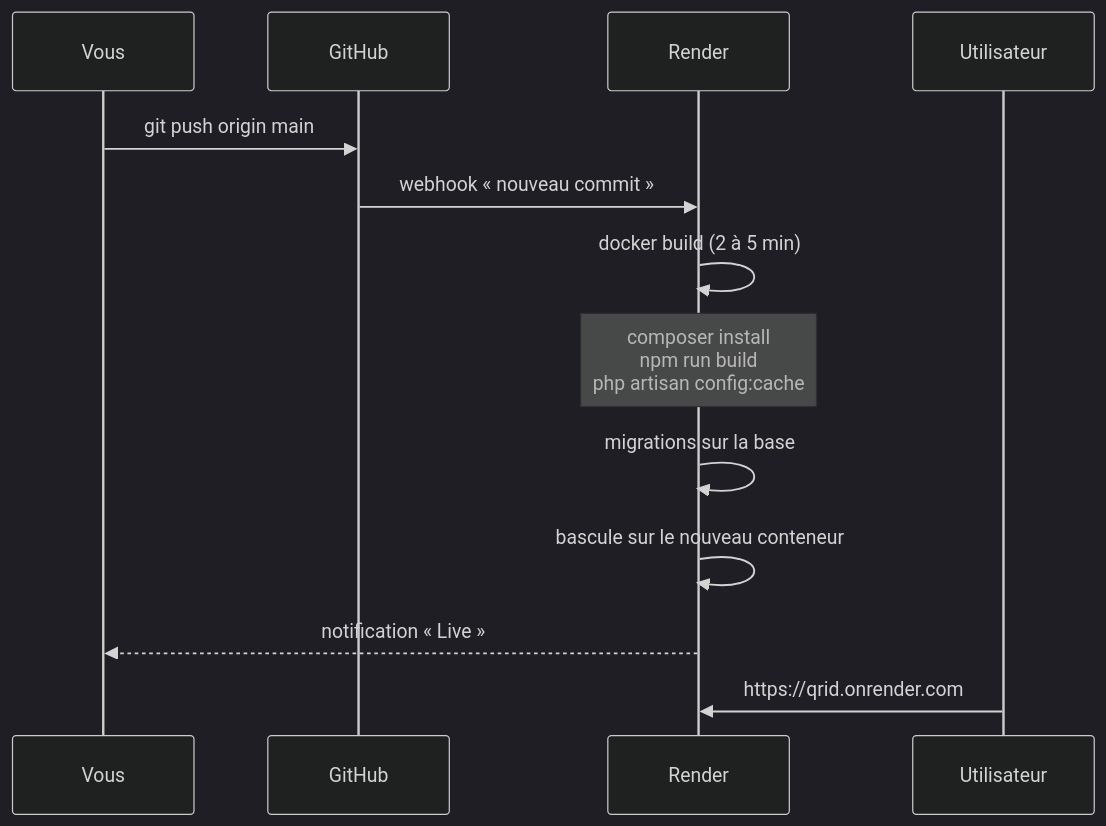
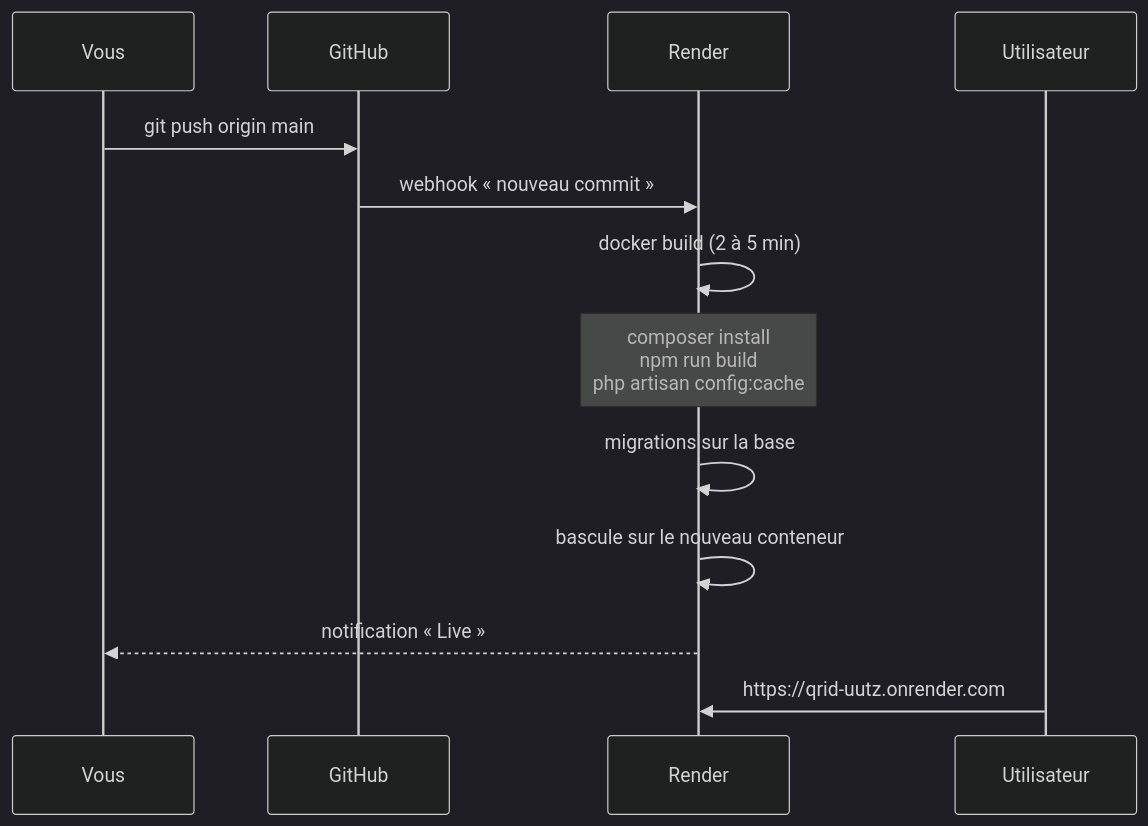
Before and after one commit to RassoulTech/QrID-Project: the second of 4 diagrams in docs/DEPLOIEMENT.md, drawn with Mermaid (dark theme). The commit also changed other lines of this file and 8 other files, not shown here.

````diff
--- a/docs/DEPLOIEMENT.md
+++ b/docs/DEPLOIEMENT.md
@@ -254,16 +254,16 @@
 ```mermaid
 sequenceDiagram
     participant V as Vous
     participant G as GitHub
     participant R as Render
     participant U as Utilisateur
 
     V->>G: git push origin main
     G->>R: webhook « nouveau commit »
     R->>R: docker build (2 à 5 min)
     Note over R: composer install<br/>npm run build<br/>php artisan config:cache
     R->>R: migrations sur la base
     R->>R: bascule sur le nouveau conteneur
     R-->>V: notification « Live »
-    U->>R: https://qrid.onrender.com
+    U->>R: https://qrid-uutz.onrender.com
 ```
````
